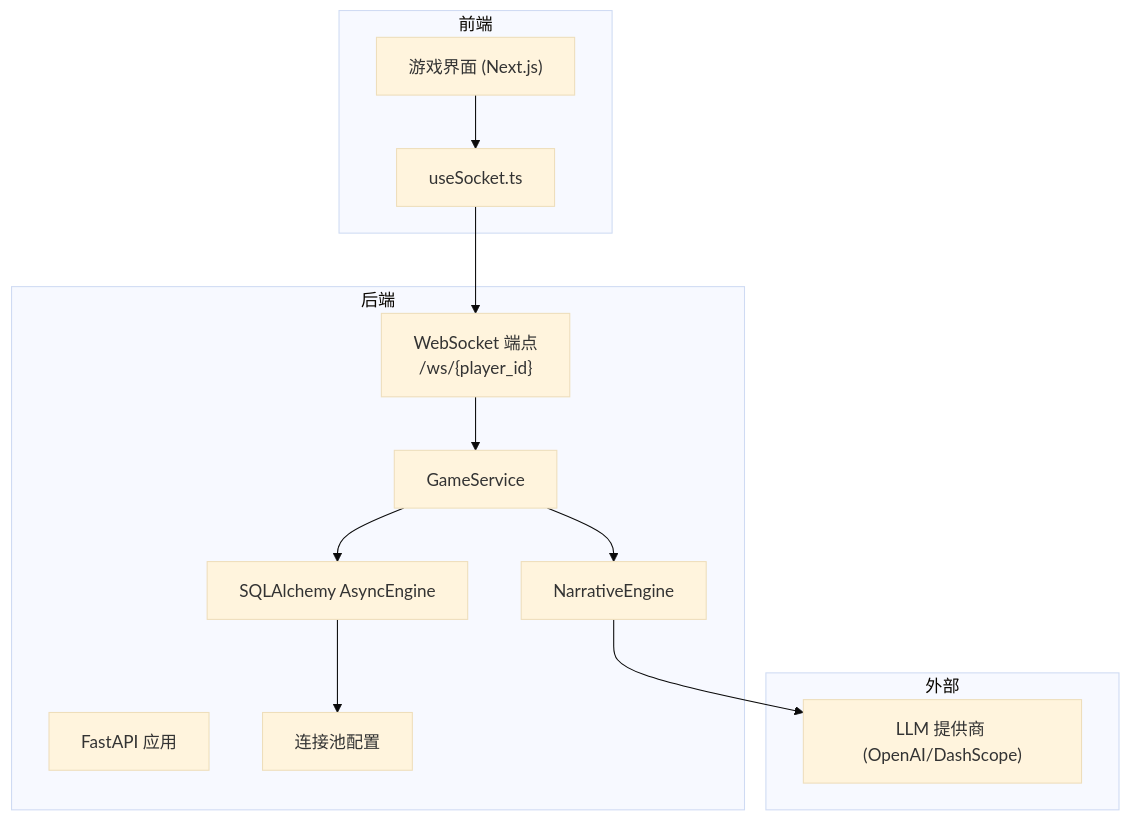
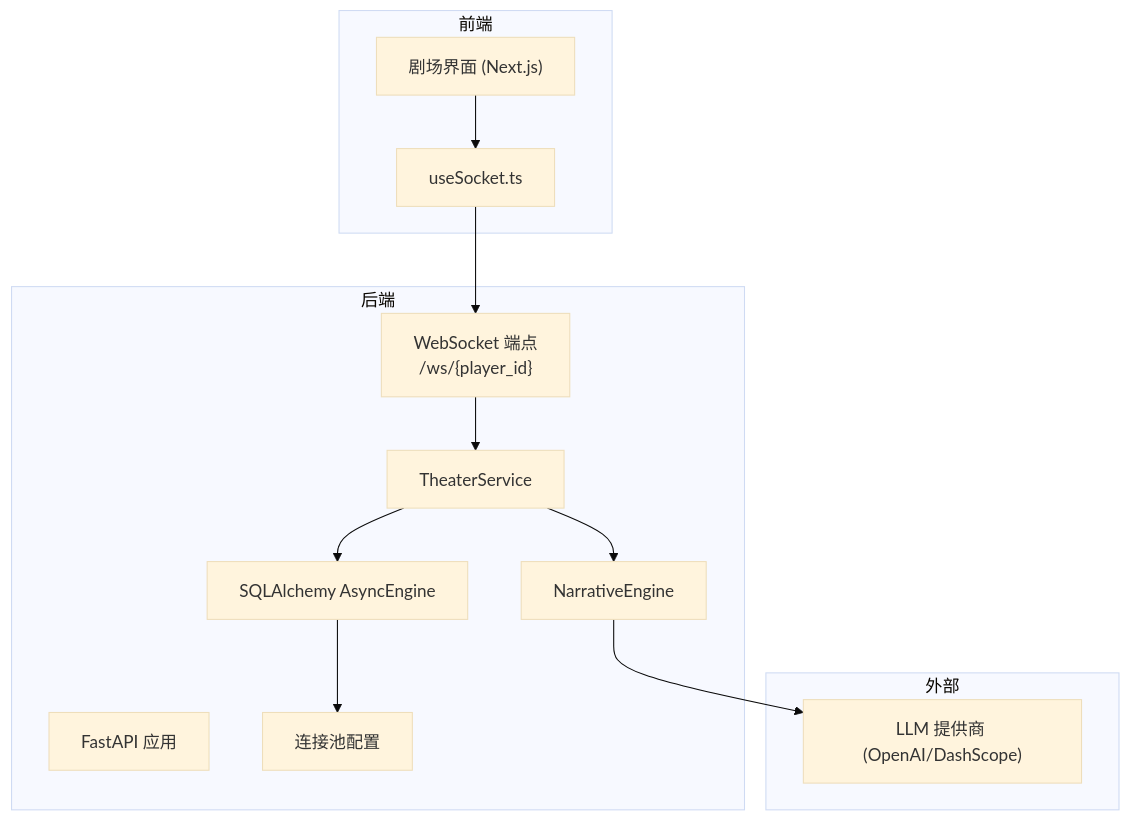
The second of 5 diagrams in .qoder/repowiki/zh/content/系统架构/实时通信架构.md (KunLabAI/KunFlix), drawn with Mermaid (base theme) before and after one commit. The commit also changed other lines of this file and 112 other files, not shown here.

````diff
--- a/.qoder/repowiki/zh/content/系统架构/实时通信架构.md
+++ b/.qoder/repowiki/zh/content/系统架构/实时通信架构.md
@@ -95,25 +95,25 @@
 ```mermaid
 graph TB
 subgraph "前端"
-UI["游戏界面 (Next.js)"]
+UI["剧场界面 (Next.js)"]
 Hook["useSocket.ts"]
 end
 subgraph "后端"
 App["FastAPI 应用"]
 WS["WebSocket 端点<br/>/ws/{player_id}"]
-Svc["GameService"]
+Svc["TheaterService"]
 Eng["NarrativeEngine"]
 DB["SQLAlchemy AsyncEngine"]
 Pool["连接池配置"]
 end
 subgraph "外部"
 LLM["LLM 提供商 (OpenAI/DashScope)"]
 end
 UI --> Hook
 Hook --> WS
 WS --> Svc
 Svc --> Eng
 Eng --> LLM
 Svc --> DB
 DB --> Pool
 ```
````
